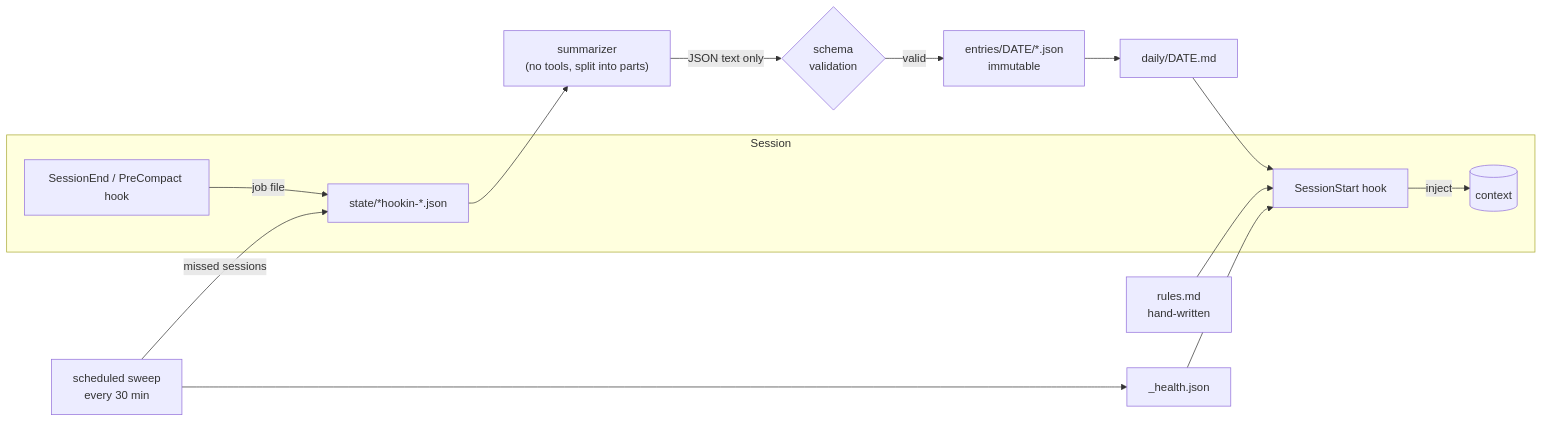
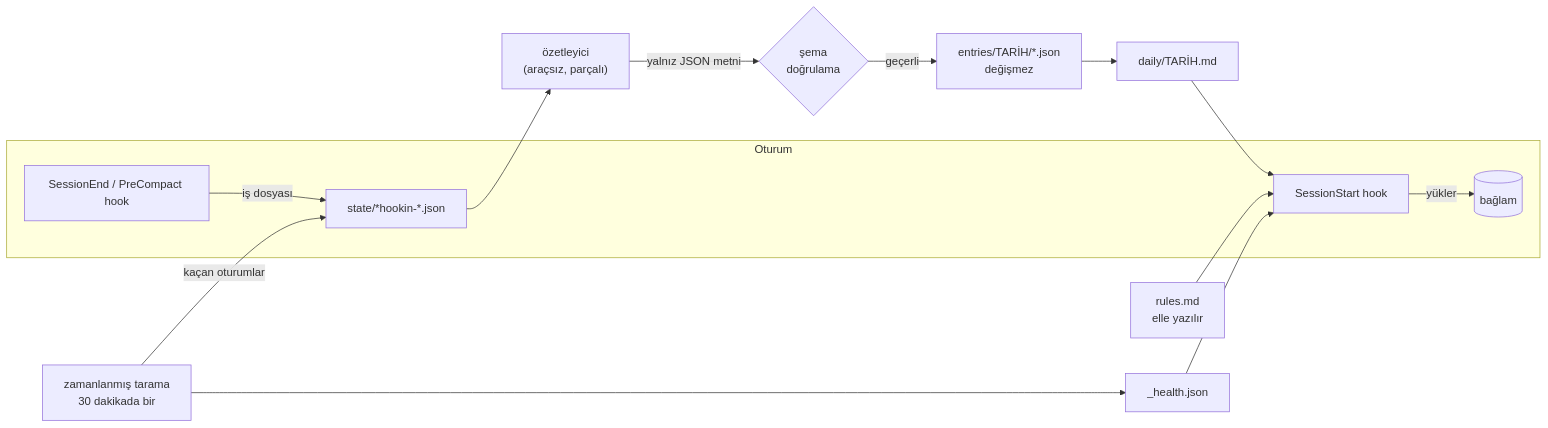
One commit to Merttsengun/ai-memory changed the diagram in README.md. Above: the diagram before and after it, drawn with Mermaid. The commit also changed other lines of this file and 1 other file, not shown here.

````diff
--- a/README.md
+++ b/README.md
@@ -22,15 +24,15 @@
 ```mermaid
 flowchart LR
-    subgraph Session
-      S[SessionStart hook] -->|inject| C[(context)]
-      E[SessionEnd / PreCompact hook] -->|job file| Q[state/*hookin-*.json]
+    subgraph Oturum
+      S[SessionStart hook] -->|yükler| C[(bağlam)]
+      E[SessionEnd / PreCompact hook] -->|iş dosyası| Q[state/*hookin-*.json]
     end
-    T[scheduled sweep<br/>every 30 min] -->|missed sessions| Q
-    Q --> SUM["summarizer<br/>(no tools, split into parts)"]
-    SUM -->|JSON text only| V{schema<br/>validation}
-    V -->|valid| EN[entries/DATE/*.json<br/>immutable]
-    EN --> D[daily/DATE.md]
+    T[zamanlanmış tarama<br/>30 dakikada bir] -->|kaçan oturumlar| Q
+    Q --> SUM["özetleyici<br/>(araçsız, parçalı)"]
+    SUM -->|yalnız JSON metni| V{şema<br/>doğrulama}
+    V -->|geçerli| EN[entries/TARİH/*.json<br/>değişmez]
+    EN --> D[daily/TARİH.md]
     D --> S
-    R[rules.md<br/>hand-written] --> S
+    R[rules.md<br/>elle yazılır] --> S
     T --> H[_health.json] --> S
 ```
````
